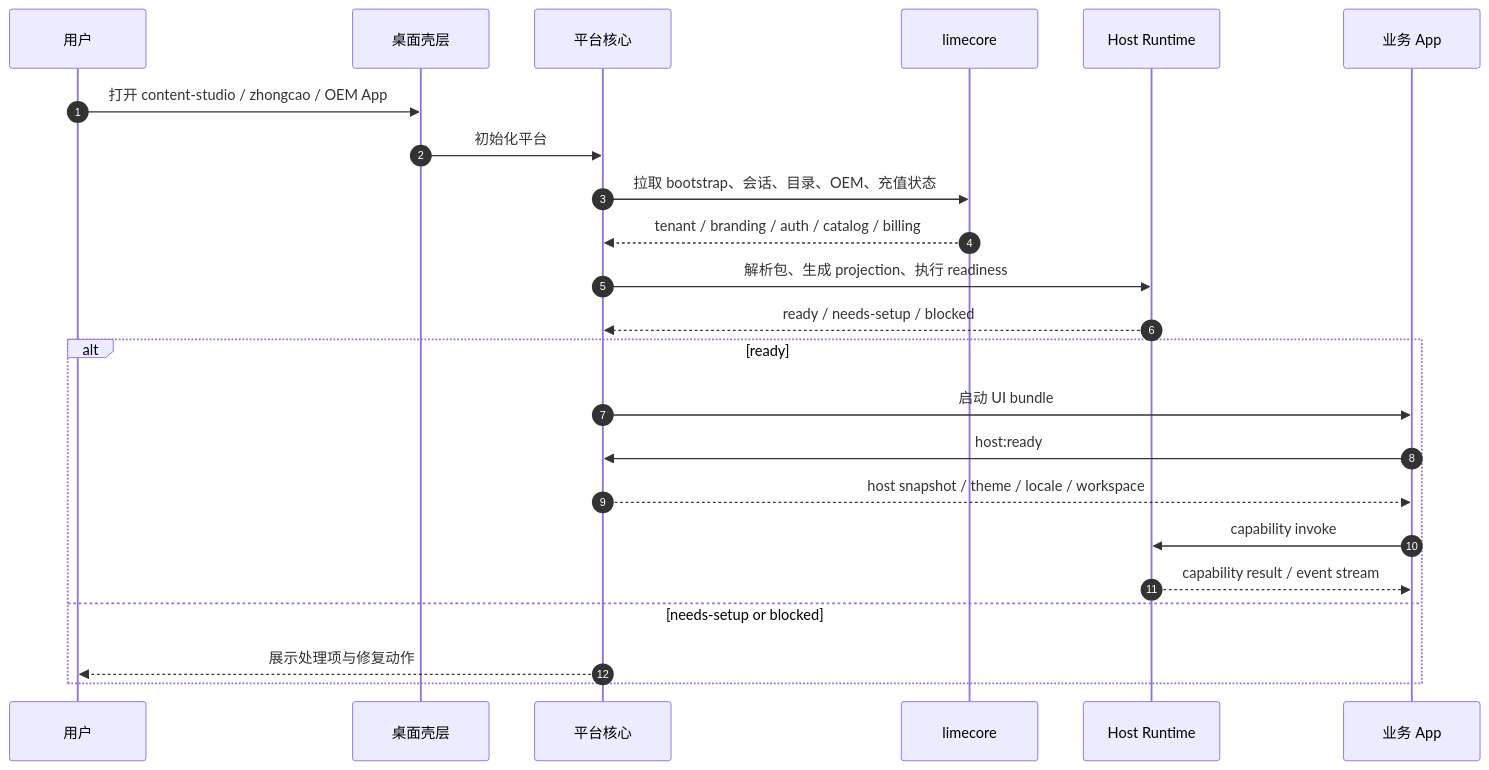
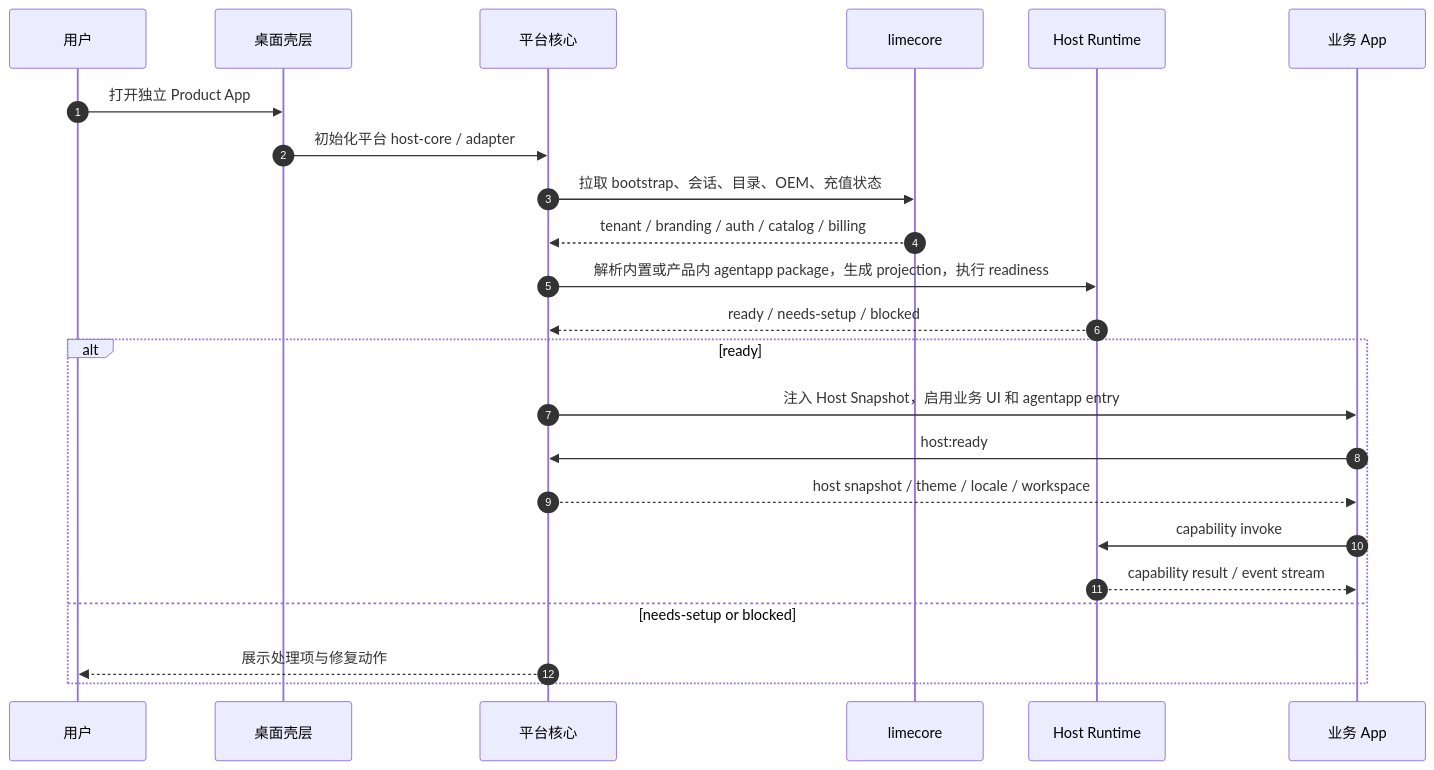
One commit to limecloud/lime-desktop-platform changed the second of 3 diagrams in docs/v1/prd.md. Above: the diagram before and after it, drawn with Mermaid. The commit also changed other lines of this file and 85 other files, not shown here.

````diff
--- a/docs/v1/prd.md
+++ b/docs/v1/prd.md
@@ -248,27 +271,27 @@
 ```mermaid
 sequenceDiagram
   autonumber
   participant User as 用户
   participant Shell as 桌面壳层
   participant Core as 平台核心
   participant Cloud as limecore
   participant Host as Host Runtime
   participant App as 业务 App
 
-  User->>Shell: 打开 content-studio / zhongcao / OEM App
-  Shell->>Core: 初始化平台
+  User->>Shell: 打开独立 Product App
+  Shell->>Core: 初始化平台 host-core / adapter
   Core->>Cloud: 拉取 bootstrap、会话、目录、OEM、充值状态
   Cloud-->>Core: tenant / branding / auth / catalog / billing
-  Core->>Host: 解析包、生成 projection、执行 readiness
+  Core->>Host: 解析内置或产品内 agentapp package，生成 projection，执行 readiness
   Host-->>Core: ready / needs-setup / blocked
 
   alt ready
-    Core->>App: 启动 UI bundle
+    Core->>App: 注入 Host Snapshot，启用业务 UI 和 agentapp entry
     App->>Core: host:ready
     Core-->>App: host snapshot / theme / locale / workspace
     App->>Host: capability invoke
     Host-->>App: capability result / event stream
   else needs-setup or blocked
     Core-->>User: 展示处理项与修复动作
   end
 ```
````
